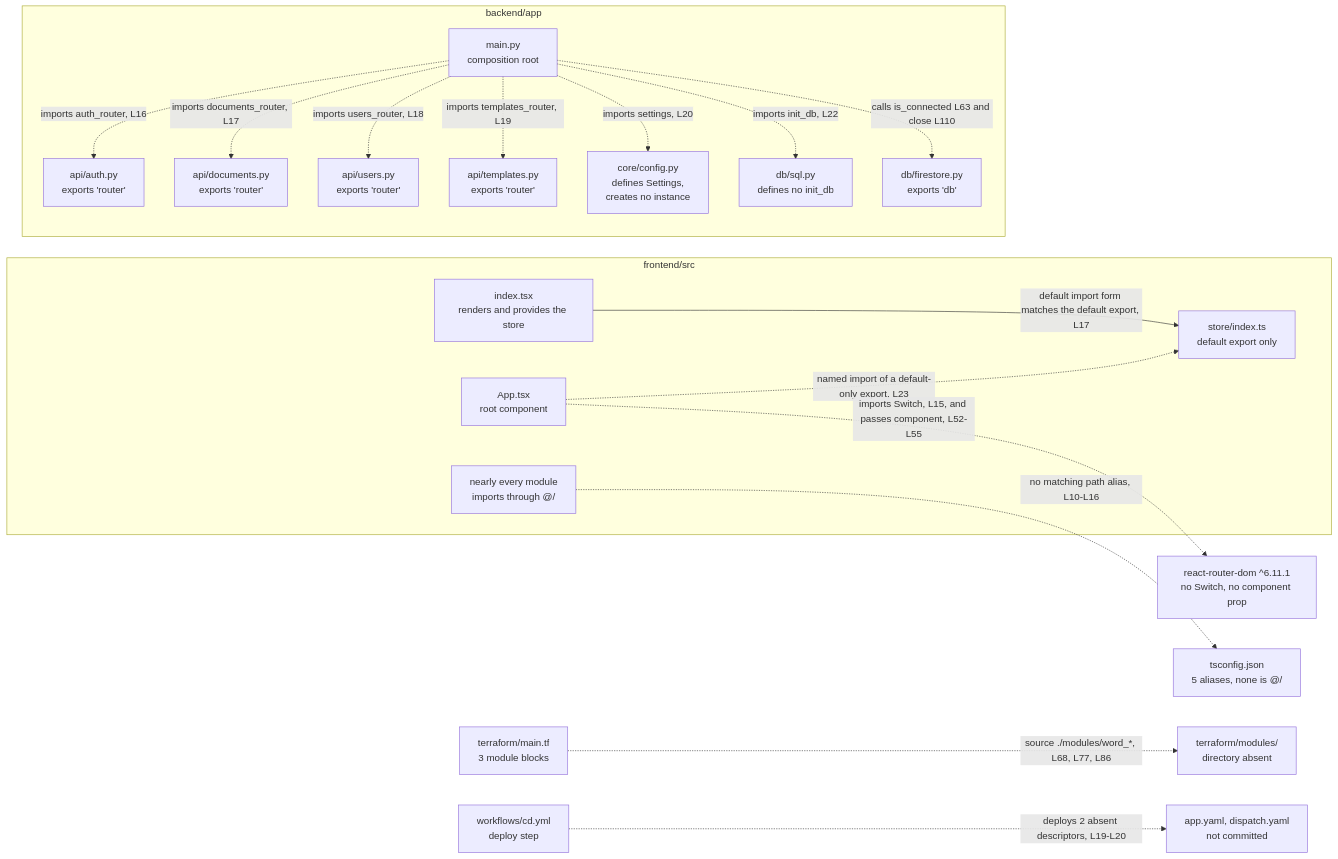
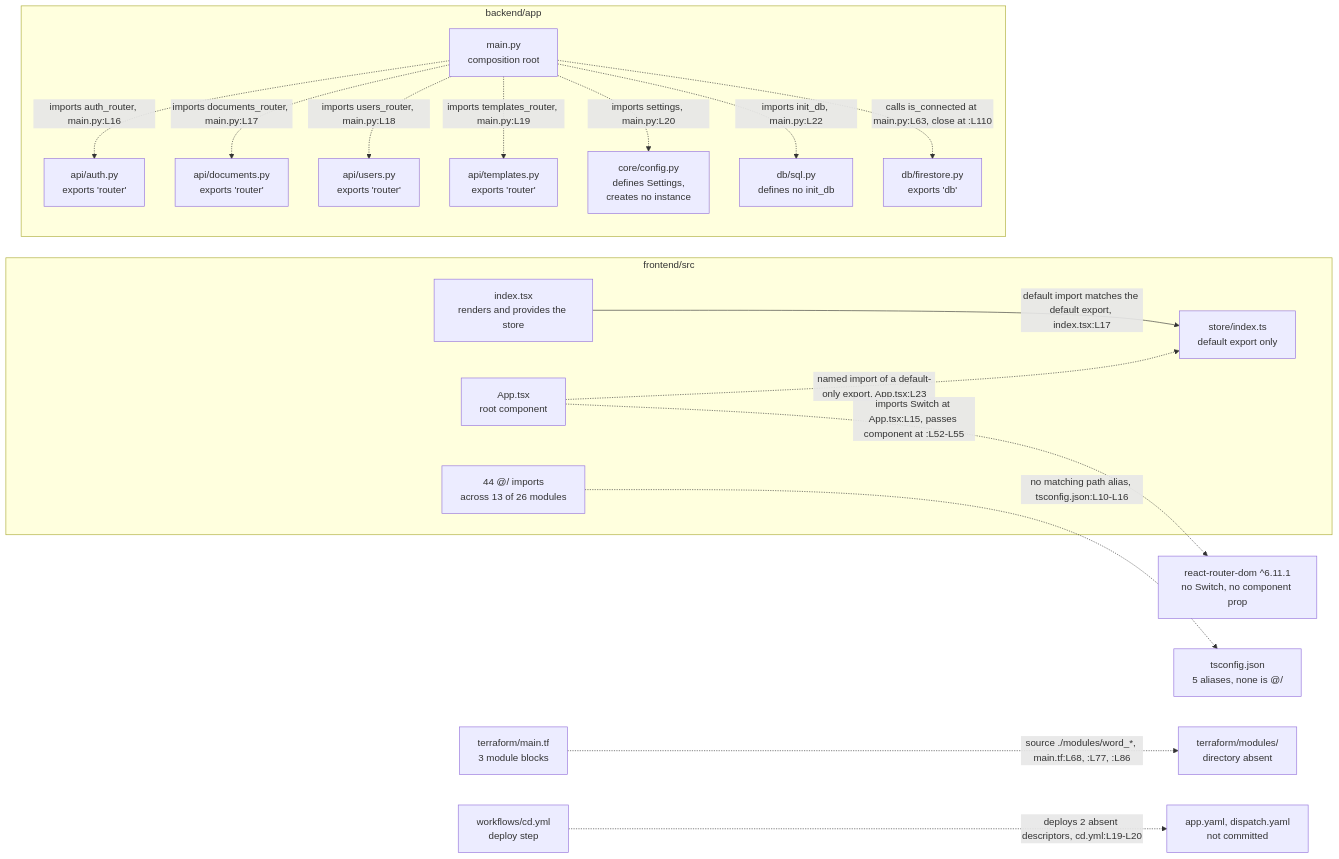
One commit to blitzy-public-samples/microsoft-word-u33ko0 changed the second of 2 diagrams in docs/architecture-overview.md. Above: the diagram before and after it, drawn with Mermaid. The commit also changed other lines of this file and 53 other files, not shown here.

````diff
--- a/docs/architecture-overview.md
+++ b/docs/architecture-overview.md
@@ -220,45 +228,45 @@
 ```mermaid
 graph LR
     subgraph FE2["frontend/src"]
         INDEX["index.tsx<br/>renders and provides the store"]
         APP["App.tsx<br/>root component"]
         STORE2["store/index.ts<br/>default export only"]
-        ALIAS["nearly every module<br/>imports through @/"]
+        ALIAS["44 @/ imports<br/>across 13 of 26 modules"]
     end
 
     subgraph BE2["backend/app"]
         MAIN2["main.py<br/>composition root"]
         AUTHR["api/auth.py<br/>exports 'router'"]
         DOCR["api/documents.py<br/>exports 'router'"]
         USERR["api/users.py<br/>exports 'router'"]
         TMPLR["api/templates.py<br/>exports 'router'"]
         CFG["core/config.py<br/>defines Settings,<br/>creates no instance"]
         SQLA["db/sql.py<br/>defines no init_db"]
         FSA["db/firestore.py<br/>exports 'db'"]
     end
 
     TSC["tsconfig.json<br/>5 aliases, none is @/"]
     RRD["react-router-dom ^6.11.1<br/>no Switch, no component prop"]
     TERRA["terraform/main.tf<br/>3 module blocks"]
     TFMOD["terraform/modules/<br/>directory absent"]
     CD["workflows/cd.yml<br/>deploy step"]
     DESC["app.yaml, dispatch.yaml<br/>not committed"]
 
-    INDEX -->|"default import form matches the default export, L17"| STORE2
+    INDEX -->|"default import matches the default export, index.tsx:L17"| STORE2
 
-    MAIN2 -.->|"imports auth_router, L16"| AUTHR
-    MAIN2 -.->|"imports documents_router, L17"| DOCR
-    MAIN2 -.->|"imports users_router, L18"| USERR
-    MAIN2 -.->|"imports templates_router, L19"| TMPLR
-    MAIN2 -.->|"imports settings, L20"| CFG
-    MAIN2 -.->|"imports init_db, L22"| SQLA
-    MAIN2 -.->|"calls is_connected L63 and close L110"| FSA
-    APP -.->|"named import of a default-only export, L23"| STORE2
-    APP -.->|"imports Switch, L15, and passes component, L52-L55"| RRD
-    ALIAS -.->|"no matching path alias, L10-L16"| TSC
-    TERRA -.->|"source ./modules/word_*, L68, L77, L86"| TFMOD
-    CD -.->|"deploys 2 absent descriptors, L19-L20"| DESC
+    MAIN2 -.->|"imports auth_router, main.py:L16"| AUTHR
+    MAIN2 -.->|"imports documents_router, main.py:L17"| DOCR
+    MAIN2 -.->|"imports users_router, main.py:L18"| USERR
+    MAIN2 -.->|"imports templates_router, main.py:L19"| TMPLR
+    MAIN2 -.->|"imports settings, main.py:L20"| CFG
+    MAIN2 -.->|"imports init_db, main.py:L22"| SQLA
+    MAIN2 -.->|"calls is_connected at main.py:L63, close at :L110"| FSA
+    APP -.->|"named import of a default-only export, App.tsx:L23"| STORE2
+    APP -.->|"imports Switch at App.tsx:L15, passes component at :L52-L55"| RRD
+    ALIAS -.->|"no matching path alias, tsconfig.json:L10-L16"| TSC
+    TERRA -.->|"source ./modules/word_*, main.tf:L68, :L77, :L86"| TFMOD
+    CD -.->|"deploys 2 absent descriptors, cd.yml:L19-L20"| DESC
 
 %% Dashed edges cannot resolve. The solid edge marks the one import form that matches
 %% its target, and contrasts with the dashed edge reaching that same target from App.tsx.
 ```
````
